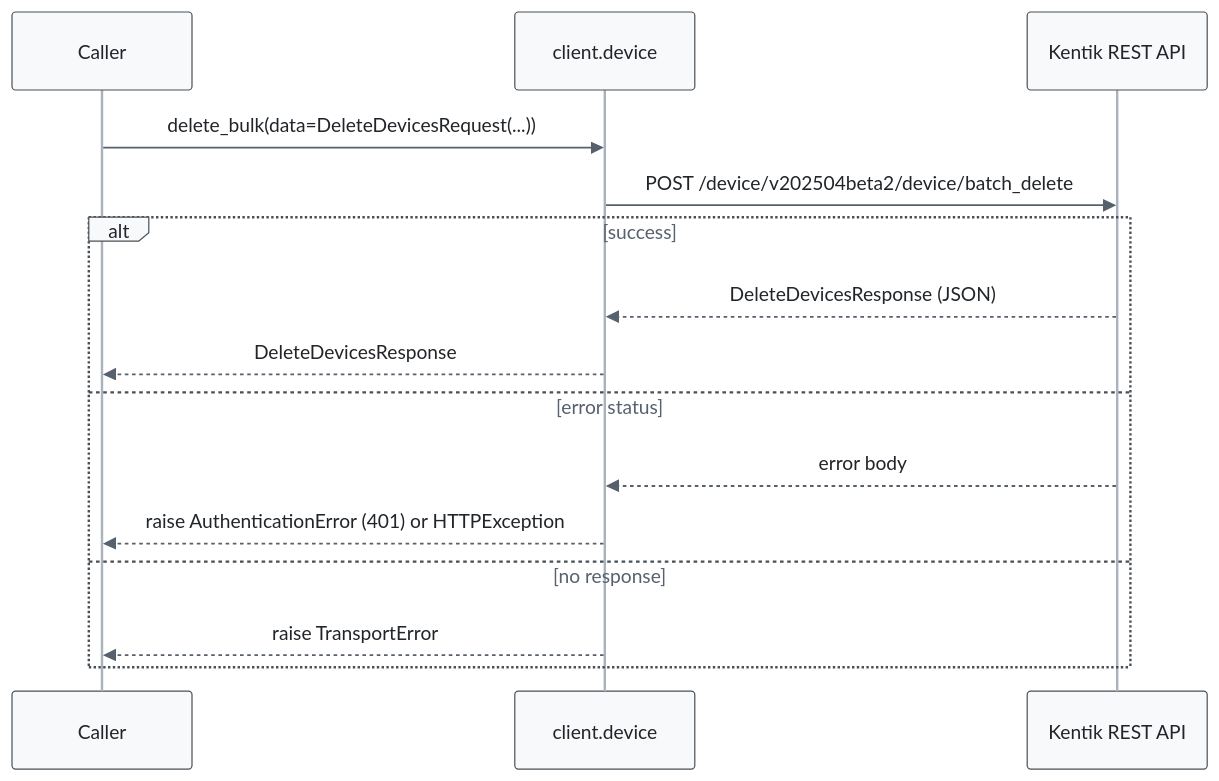
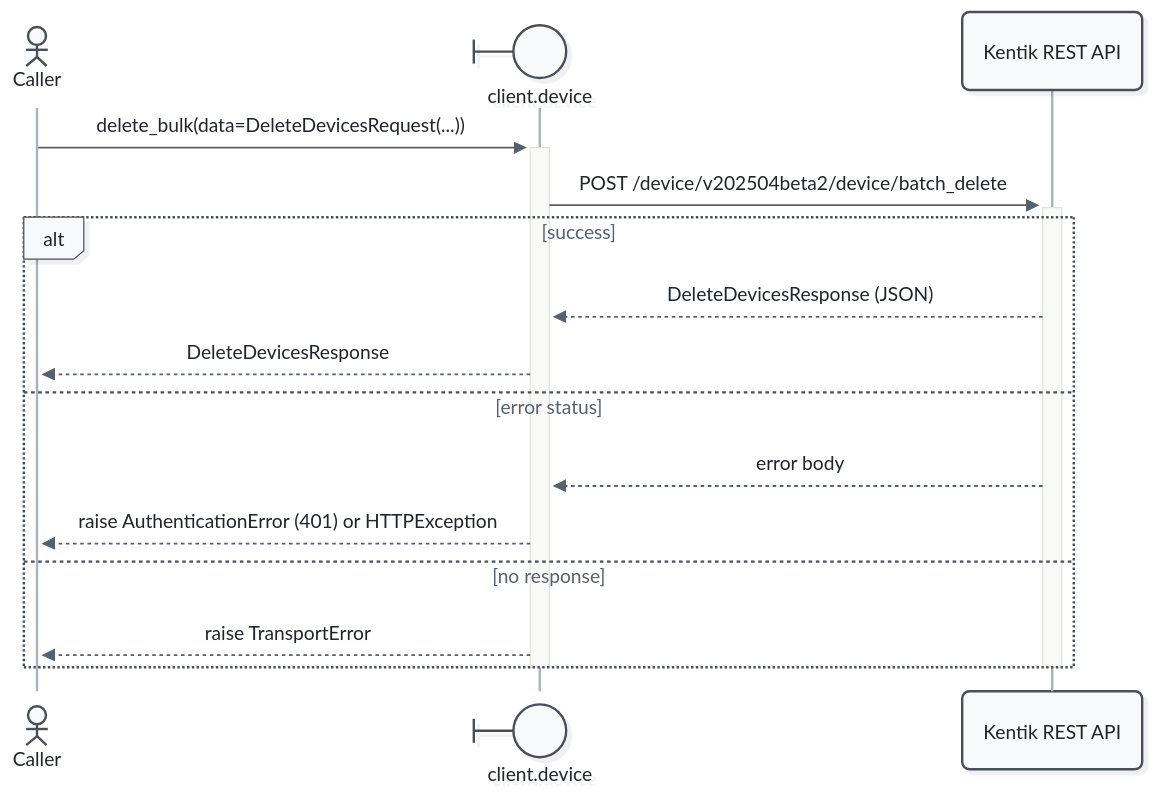
One commit to alexdearaujo/community_sdk_python changed the seventh of 21 diagrams in docs/sphinx/services/device.md. Above: the diagram before and after it, drawn with Mermaid. The commit also changed other lines of this file and 52 other files, not shown here.

First line of the commit message:
docs: Mermaid 12 sequence diagrams with participant types and path colors

````diff
--- a/docs/sphinx/services/device.md
+++ b/docs/sphinx/services/device.md
@@ -268,19 +283,21 @@
 ```mermaid
-%%{init: {"theme": "base", "fontFamily": "ui-monospace, SFMono-Regular, Menlo, monospace", "themeVariables": {"fontFamily": "ui-monospace, SFMono-Regular, Menlo, monospace", "primaryColor": "#f8f9fa", "primaryBorderColor": "#495057", "primaryTextColor": "#212529", "textColor": "#212529", "lineColor": "#77818c", "edgeLabelBackground": "#ffffff", "actorBkg": "#f8f9fa", "actorBorder": "#495057", "actorTextColor": "#212529", "actorLineColor": "#a9b3be", "signalColor": "#57616d", "signalTextColor": "#212529", "labelBoxBkgColor": "#f8f9fa", "labelBoxBorderColor": "#495057", "labelTextColor": "#212529", "loopTextColor": "#57616d", "noteBkgColor": "#fff9db", "noteBorderColor": "#f08c00", "noteTextColor": "#a35a00"}, "flowchart": {"curve": "step", "nodeSpacing": 30, "rankSpacing": 70, "wrappingWidth": 400}}}%%
+%%{init: {"theme": "redux", "look": "neo", "layout": "dagre", "fontFamily": "ui-monospace, SFMono-Regular, Menlo, monospace", "themeVariables": {"fontFamily": "ui-monospace, SFMono-Regular, Menlo, monospace", "primaryColor": "#f8f9fa", "primaryBorderColor": "#495057", "primaryTextColor": "#212529", "textColor": "#212529", "lineColor": "#77818c", "edgeLabelBackground": "#ffffff", "actorBkg": "#f8f9fa", "actorBorder": "#495057", "actorTextColor": "#212529", "actorLineColor": "#a9b3be", "signalColor": "#57616d", "signalTextColor": "#212529", "labelBoxBkgColor": "#f8f9fa", "labelBoxBorderColor": "#495057", "labelTextColor": "#212529", "loopTextColor": "#57616d", "noteBkgColor": "#fff9db", "noteBorderColor": "#f08c00", "noteTextColor": "#a35a00"}, "sequence": {"activationWidth": 16}, "flowchart": {"curve": "step", "nodeSpacing": 30, "rankSpacing": 70, "wrappingWidth": 400}}}%%
 sequenceDiagram
-    participant C as Caller
-    participant W as client.device
+    actor C as Caller
+    participant W@{ "type": "boundary" } as client.device
     participant API as Kentik REST API
 
-    C->>W: delete_bulk(data=DeleteDevicesRequest(...))
-    W->>API: POST /device/v202504beta2/device/batch_delete
+    C->>+W: delete_bulk(data=DeleteDevicesRequest(...))
+    W->>+API: POST /device/v202504beta2/device/batch_delete
     alt success
         API-->>W: DeleteDevicesResponse (JSON)
         W-->>C: DeleteDevicesResponse
     else error status
         API-->>W: error body
         W-->>C: raise AuthenticationError (401) or HTTPException
     else no response
         W-->>C: raise TransportError
     end
+    deactivate API
+    deactivate W
 ```
````
